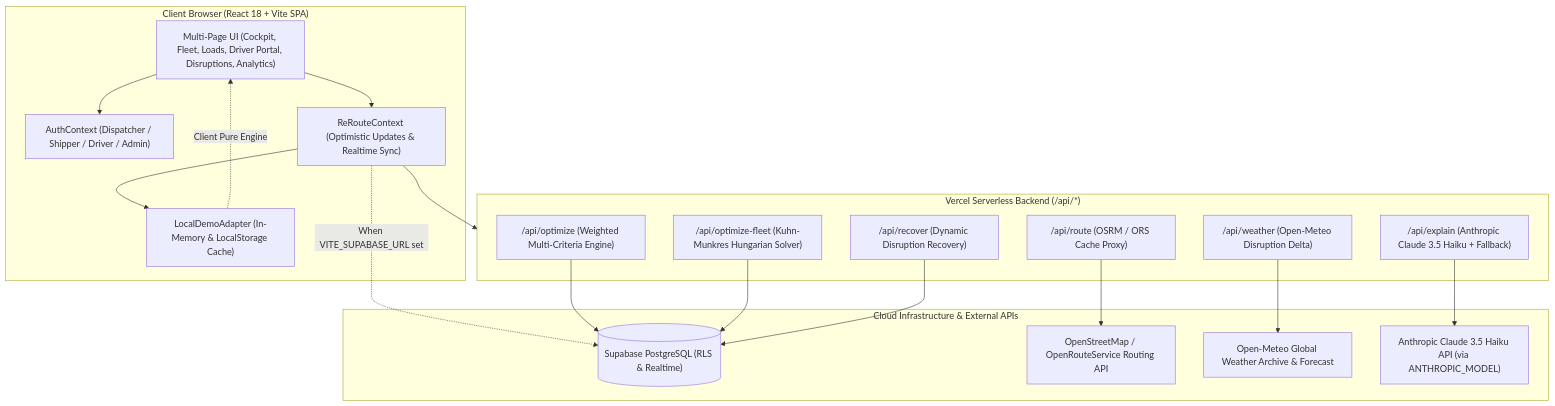
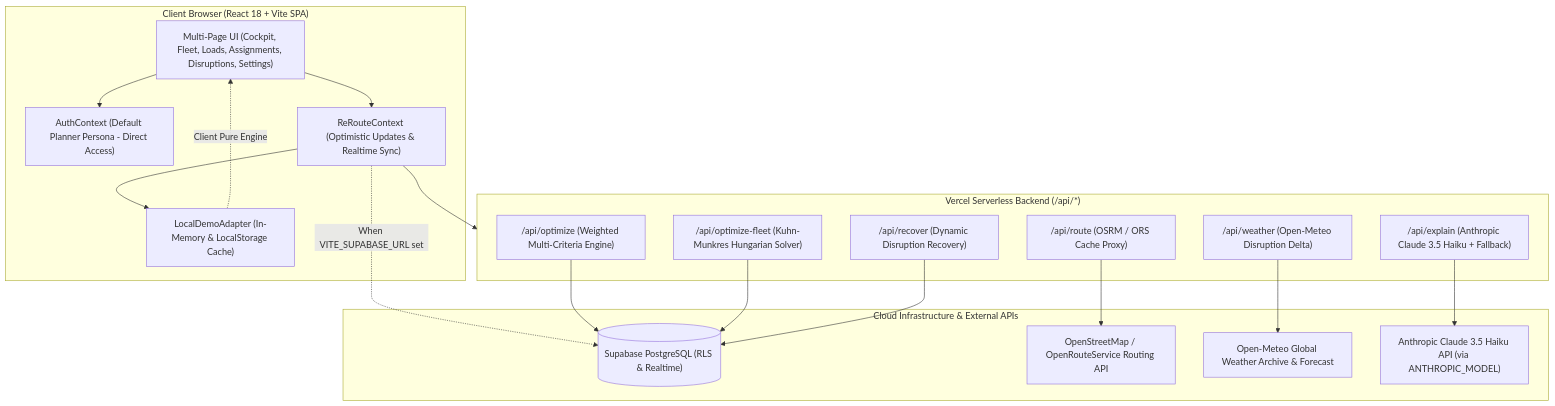
One commit to arpitahyalij28-dot/ReRouteAI changed the diagram in README.md. Above: the diagram before and after it, drawn with Mermaid. The commit also changed other lines of this file and 34 other files, not shown here.

````diff
--- a/README.md
+++ b/README.md
@@ -21,40 +21,40 @@
 ```mermaid
 graph TB
     subgraph Client ["Client Browser (React 18 + Vite SPA)"]
-        UI["Multi-Page UI (Cockpit, Fleet, Loads, Driver Portal, Disruptions, Analytics)"]
-        RoleCtx["AuthContext (Dispatcher / Shipper / Driver / Admin)"]
+        UI["Multi-Page UI (Cockpit, Fleet, Loads, Assignments, Disruptions, Settings)"]
+        PlannerCtx["AuthContext (Default Planner Persona - Direct Access)"]
         DataCtx["ReRouteContext (Optimistic Updates & Realtime Sync)"]
         LocalRepo["LocalDemoAdapter (In-Memory & LocalStorage Cache)"]
     end
 
     subgraph Serverless ["Vercel Serverless Backend (/api/*)"]
         APIRoute["/api/route (OSRM / ORS Cache Proxy)"]
         APIWeather["/api/weather (Open-Meteo Disruption Delta)"]
         APIOptimize["/api/optimize (Weighted Multi-Criteria Engine)"]
         APIFleet["/api/optimize-fleet (Kuhn-Munkres Hungarian Solver)"]
         APIRecover["/api/recover (Dynamic Disruption Recovery)"]
         APIExplain["/api/explain (Anthropic Claude 3.5 Haiku + Fallback)"]
     end
 
     subgraph CloudServices ["Cloud Infrastructure & External APIs"]
         SupabaseDB[("Supabase PostgreSQL (RLS & Realtime)")]
         OSRM["OpenStreetMap / OpenRouteService Routing API"]
         Meteo["Open-Meteo Global Weather Archive & Forecast"]
         Claude["Anthropic Claude 3.5 Haiku API (via ANTHROPIC_MODEL)"]
     end
 
-    UI --> RoleCtx
+    UI --> PlannerCtx
     UI --> DataCtx
     DataCtx --> LocalRepo
     DataCtx -.->|"When VITE_SUPABASE_URL set"| SupabaseDB
 
     LocalRepo -.->|"Client Pure Engine"| UI
     DataCtx --> Serverless
 
     APIRoute --> OSRM
     APIWeather --> Meteo
     APIExplain --> Claude
     APIOptimize --> SupabaseDB
     APIFleet --> SupabaseDB
     APIRecover --> SupabaseDB
 ```
````
